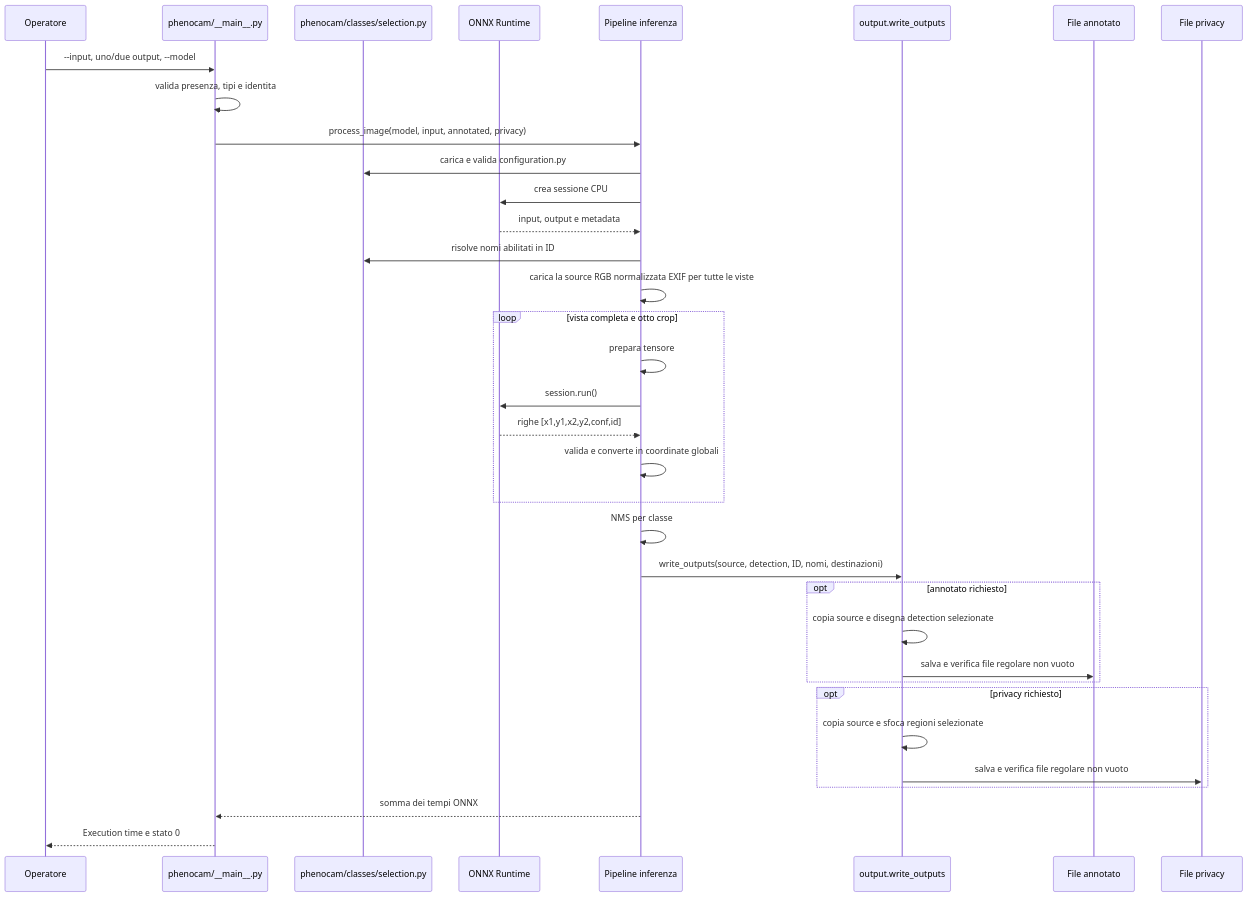
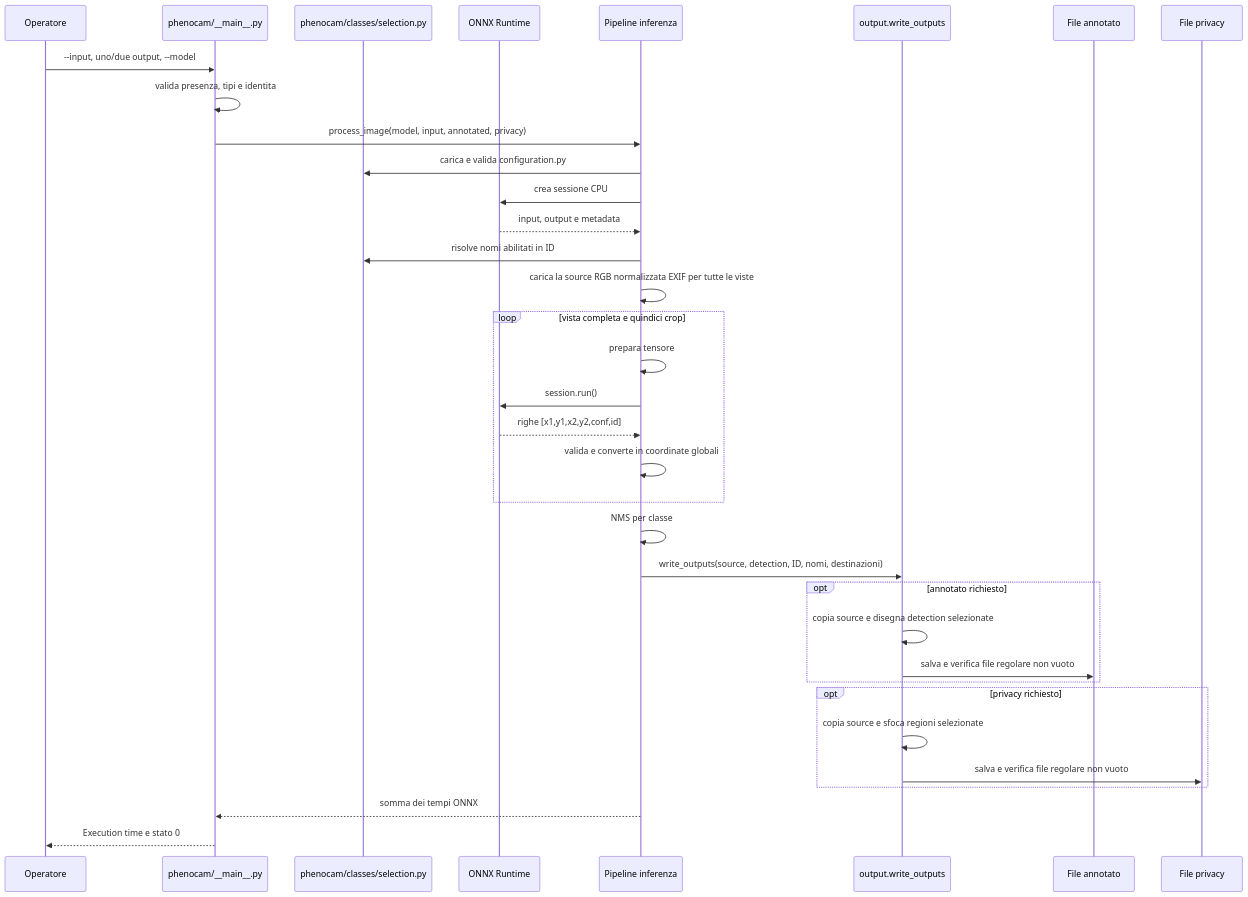
Before and after one commit to e-tufarini-terrasystem/phenocam-vision-edge: the second of 2 diagrams in docs/architettura.md, drawn with Mermaid. The commit also changed other lines of this file and 2 other files, not shown here.

````diff
--- a/docs/architettura.md
+++ b/docs/architettura.md
@@ -59,38 +60,38 @@
 ```mermaid
 sequenceDiagram
     participant U as Operatore
     participant R as phenocam/__main__.py
     participant S as phenocam/classes/selection.py
     participant O as ONNX Runtime
     participant P as Pipeline inferenza
     participant F as output.write_outputs
     participant A as File annotato
     participant V as File privacy
 
     U->>R: --input, uno/due output, --model
     R->>R: valida presenza, tipi e identita
     R->>P: process_image(model, input, annotated, privacy)
     P->>S: carica e valida configuration.py
     P->>O: crea sessione CPU
     O-->>P: input, output e metadata
     P->>S: risolve nomi abilitati in ID
     P->>P: carica la source RGB normalizzata EXIF per tutte le viste
-    loop vista completa e otto crop
+    loop vista completa e quindici crop
         P->>P: prepara tensore
         P->>O: session.run()
         O-->>P: righe [x1,y1,x2,y2,conf,id]
         P->>P: valida e converte in coordinate globali
     end
     P->>P: NMS per classe
     P->>F: write_outputs(source, detection, ID, nomi, destinazioni)
     opt annotato richiesto
         F->>F: copia source e disegna detection selezionate
         F->>A: salva e verifica file regolare non vuoto
     end
     opt privacy richiesto
         F->>F: copia source e sfoca regioni selezionate
         F->>V: salva e verifica file regolare non vuoto
     end
     P-->>R: somma dei tempi ONNX
     R-->>U: Execution time e stato 0
 ```
````
